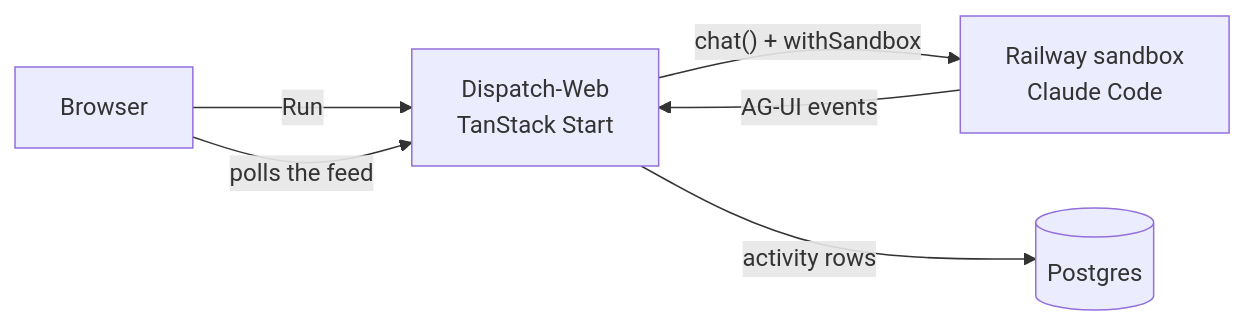
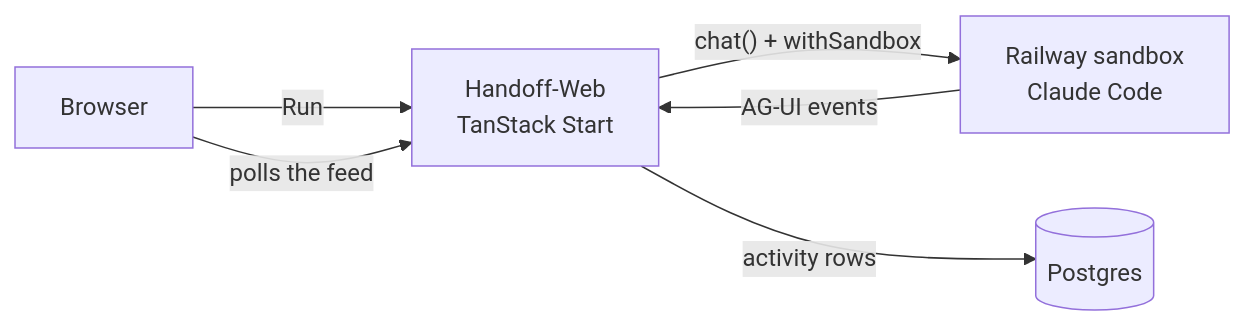
The diagram in README.md (railwayapp/railway-tanstack-start-sandbox-template), drawn with Mermaid before and after one commit. The commit also changed other lines of this file and 23 other files, not shown here.

First line of the commit message:
Rename the app from Dispatch to Handoff

````diff
--- a/README.md
+++ b/README.md
@@ -44,8 +44,8 @@
 ```mermaid
 flowchart LR
-  browser["Browser"] -- "Run" --> web["Dispatch-Web<br/>TanStack Start"]
+  browser["Browser"] -- "Run" --> web["Handoff-Web<br/>TanStack Start"]
   web -- "chat() + withSandbox" --> sandbox["Railway sandbox<br/>Claude Code"]
   sandbox -- "AG-UI events" --> web
   web -- "activity rows" --> db[("Postgres")]
   browser -- "polls the feed" --> web
 ```
````
